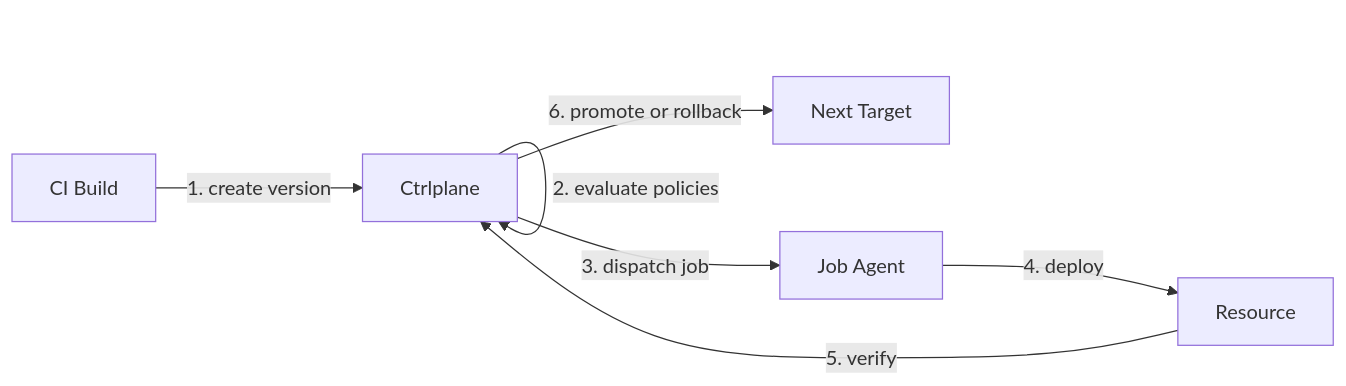
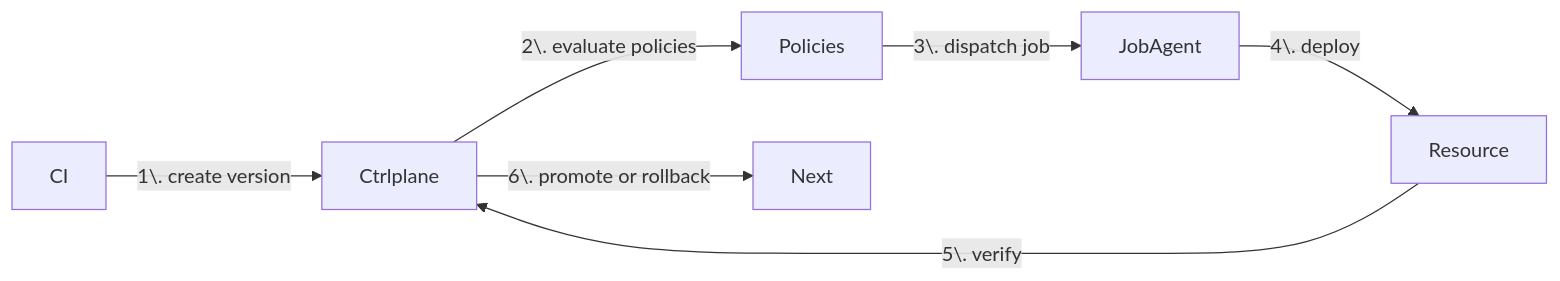
Before and after one commit to ctrlplanedev/ctrlplane: the first of 3 diagrams in docs/overview.mdx, drawn with Mermaid. The commit also changed other lines of this file and 1 other file, not shown here.

Commit message:
fix: update mermaid diagrams in overview documentation for clarity
- Adjusted flowchart syntax in the overview.mdx file to improve readability.
- Ensured consistent formatting of node labels in the diagrams.

````diff
--- a/docs/overview.mdx
+++ b/docs/overview.mdx
@@ -10,9 +10,9 @@
 ```mermaid
 flowchart LR
-    CI["CI Build"] -->|"1. create version"| CP["Ctrlplane"]
-    CP -->|"2. evaluate policies"| CP
-    CP -->|"3. dispatch job"| Agent["Job Agent"]
-    Agent -->|"4. deploy"| Target["Resource"]
-    Target -->|"5. verify"| CP
-    CP -->|"6. promote or rollback"| Next["Next Target"]
+    CI --"1\. create version"--> Ctrlplane
+    Ctrlplane --"2\. evaluate policies"--> Policies
+    Policies --"3\. dispatch job"--> JobAgent
+    JobAgent --"4\. deploy"--> Resource
+    Resource --"5\. verify"--> Ctrlplane
+    Ctrlplane --"6\. promote or rollback"--> Next
 ```
````
